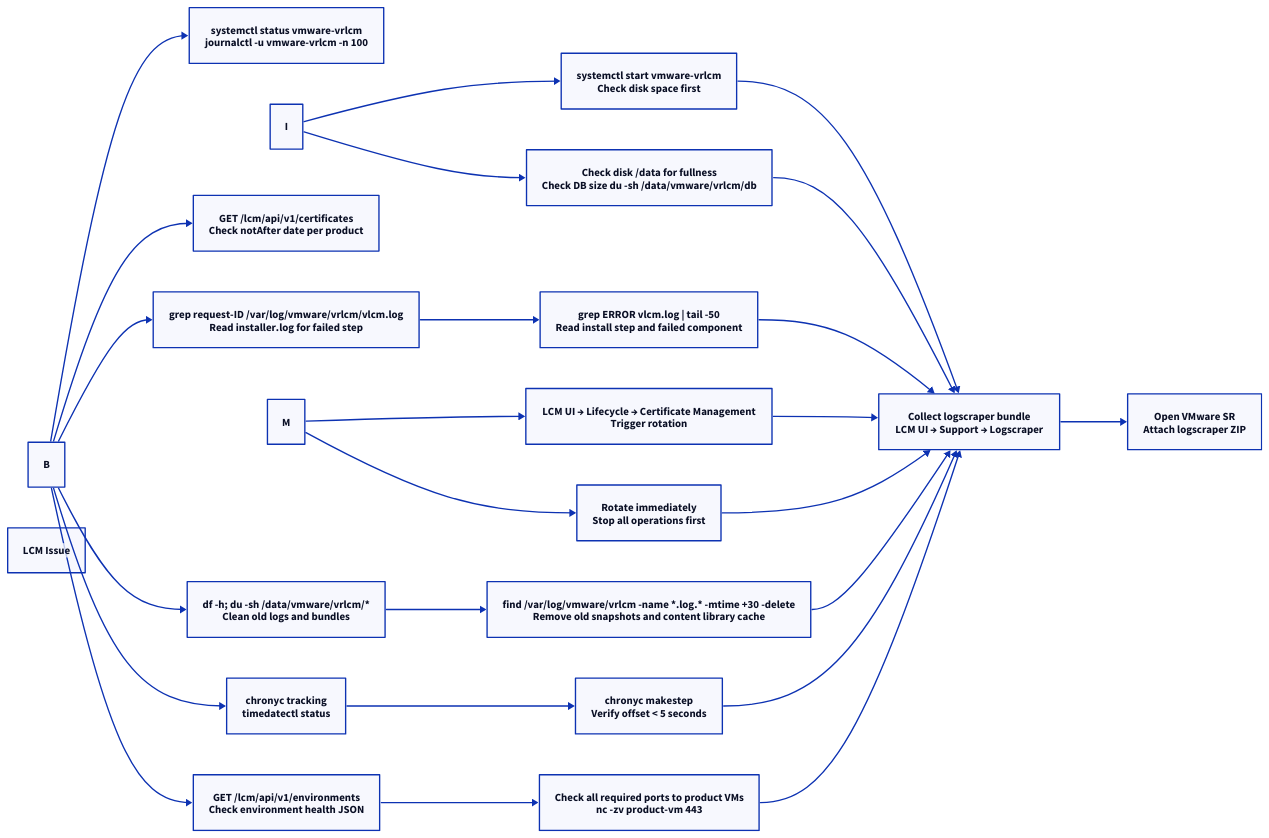
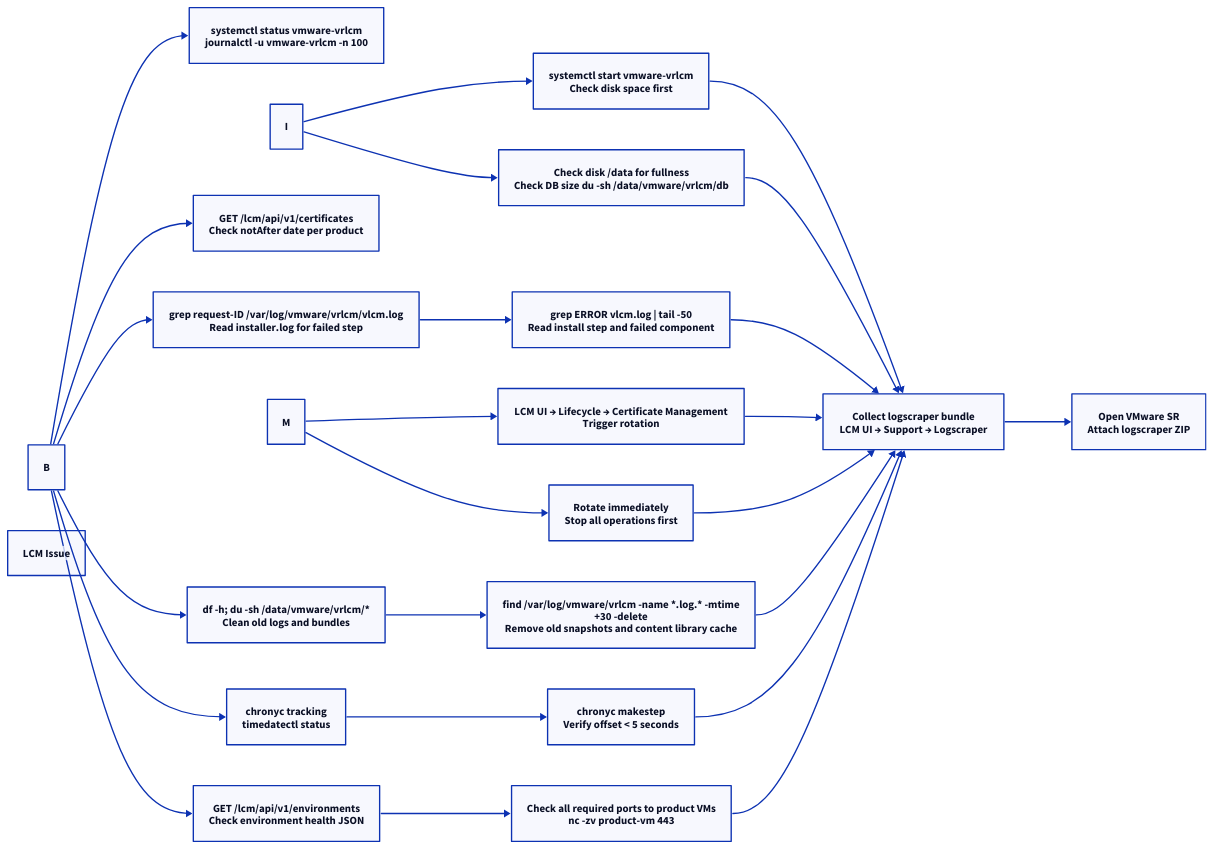
The first of 2 diagrams in docs/virtualization/vmware/aria-suite-lifecycle/troubleshooting/diagnostics.md (canast01/chris-kb), drawn with D2 before and after one commit. The commit also changed 192 other files, not shown here.

````diff
--- a/docs/virtualization/vmware/aria-suite-lifecycle/troubleshooting/diagnostics.md
+++ b/docs/virtualization/vmware/aria-suite-lifecycle/troubleshooting/diagnostics.md
@@ -18,48 +18,48 @@
 ```d2
 direction: right
 
 B: "B" {shape: rectangle}
 C: "systemctl status vmware-vrlcm\njournalctl -u vmware-vrlcm -n 100" {shape: rectangle}
 D: "grep request-ID /var/log/vmware/vrlcm/vlcm.log\nRead installer.log for failed step" {shape: rectangle}
 E: "GET /lcm/api/v1/certificates\nCheck notAfter date per product" {shape: rectangle}
 F: "df -h; du -sh /data/vmware/vrlcm/*\nClean old logs and bundles" {shape: rectangle}
 G: "chronyc tracking\ntimedatectl status" {shape: rectangle}
 H: "GET /lcm/api/v1/environments\nCheck environment health JSON" {shape: rectangle}
 I: "I" {shape: rectangle}
 J: "systemctl start vmware-vrlcm\nCheck disk space first" {shape: rectangle}
 K: "Check disk /data for fullness\nCheck DB size du -sh /data/vmware/vrlcm/db" {shape: rectangle}
 L: "grep ERROR vlcm.log | tail -50\nRead install step and failed component" {shape: rectangle}
 M: "M" {shape: rectangle}
 N: "LCM UI → Lifecycle → Certificate Management\nTrigger rotation" {shape: rectangle}
 O: "Rotate immediately\nStop all operations first" {shape: rectangle}
-P: "find /var/log/vmware/vrlcm -name *.log.* -mtime +30 -delete\nRemove old snapshots and content library cache" {shape: rectangle}
+P: "find /var/log/vmware/vrlcm -name *.log.* -mtime\n+30 -delete\nRemove old snapshots and content library cache" {shape: rectangle}
 Q: "chronyc makestep\nVerify offset < 5 seconds" {shape: rectangle}
 R: "Check all required ports to product VMs\nnc -zv product-vm 443" {shape: rectangle}
 S: "Collect logscraper bundle\nLCM UI → Support → Logscraper" {shape: rectangle}
 T: "Open VMware SR\nAttach logscraper ZIP" {shape: rectangle}
 A: "LCM Issue" {shape: rectangle}
 
 B -> C
 B -> D
 B -> E
 B -> F
 B -> G
 B -> H
 I -> J
 I -> K
 D -> L
 M -> N
 M -> O
 F -> P
 G -> Q
 H -> R
 J -> S
 K -> S
 L -> S
 N -> S
 O -> S
 P -> S
 Q -> S
 R -> S
 S -> T
 ```
````
